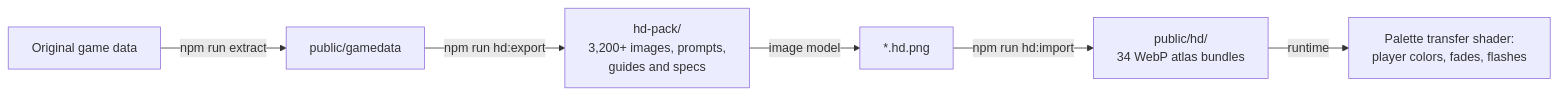
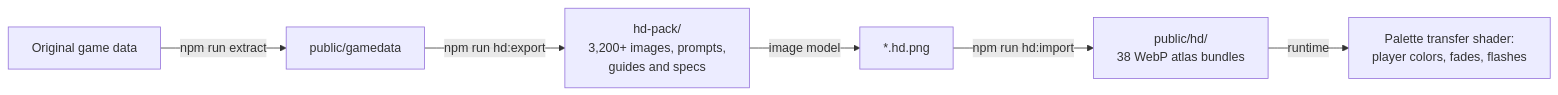
Before and after one commit to Jared-woodruff/OMF-2097-Remastered: the first of 2 diagrams in README.md, drawn with Mermaid. The commit also changed other lines of this file and 25 other files, not shown here.

````diff
--- a/README.md
+++ b/README.md
@@ -405,8 +407,8 @@
 ```mermaid
 flowchart LR
     A["Original game data"] -->|npm run extract| B["public/gamedata"]
     B -->|npm run hd:export| C["hd-pack/<br/>3,200+ images, prompts,<br/>guides and specs"]
     C -->|image model| D["*.hd.png"]
-    D -->|npm run hd:import| E["public/hd/<br/>34 WebP atlas bundles"]
+    D -->|npm run hd:import| E["public/hd/<br/>38 WebP atlas bundles"]
     E -->|runtime| F["Palette transfer shader:<br/>player colors, fades, flashes"]
 ```
````
